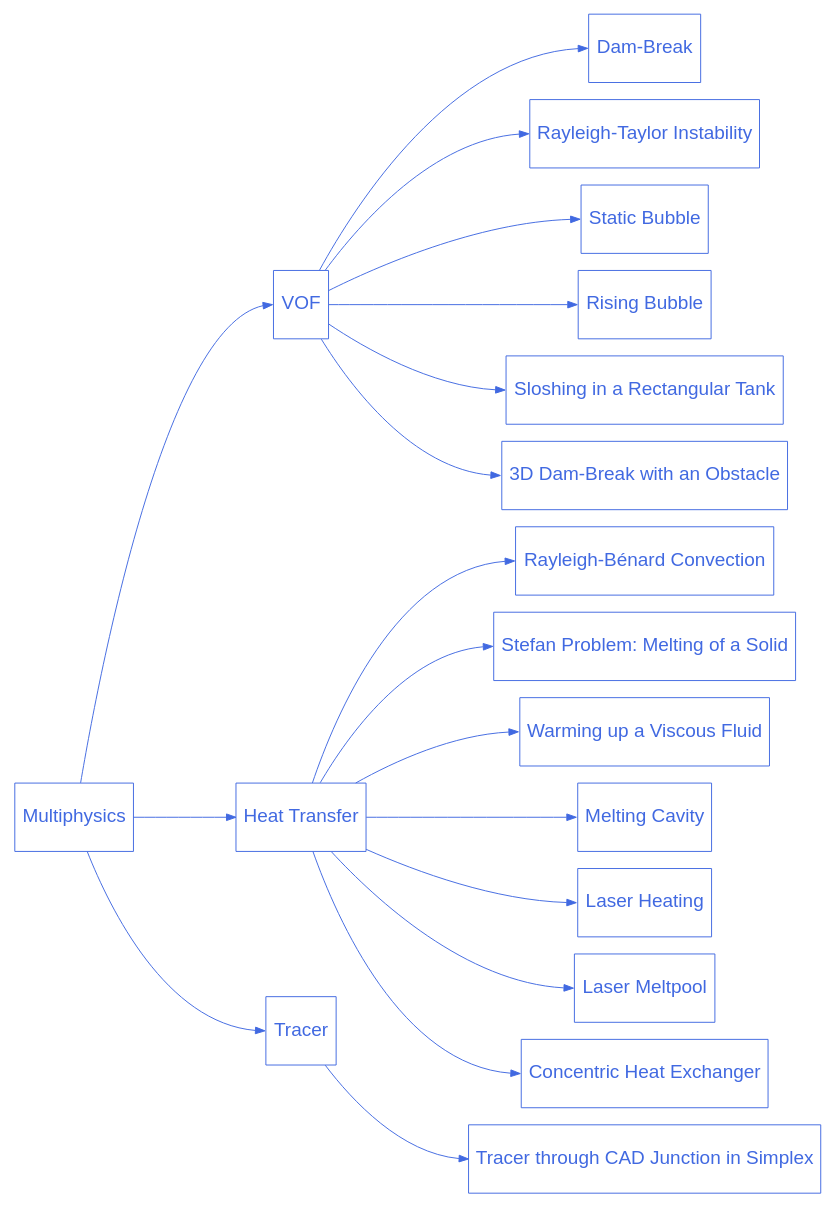
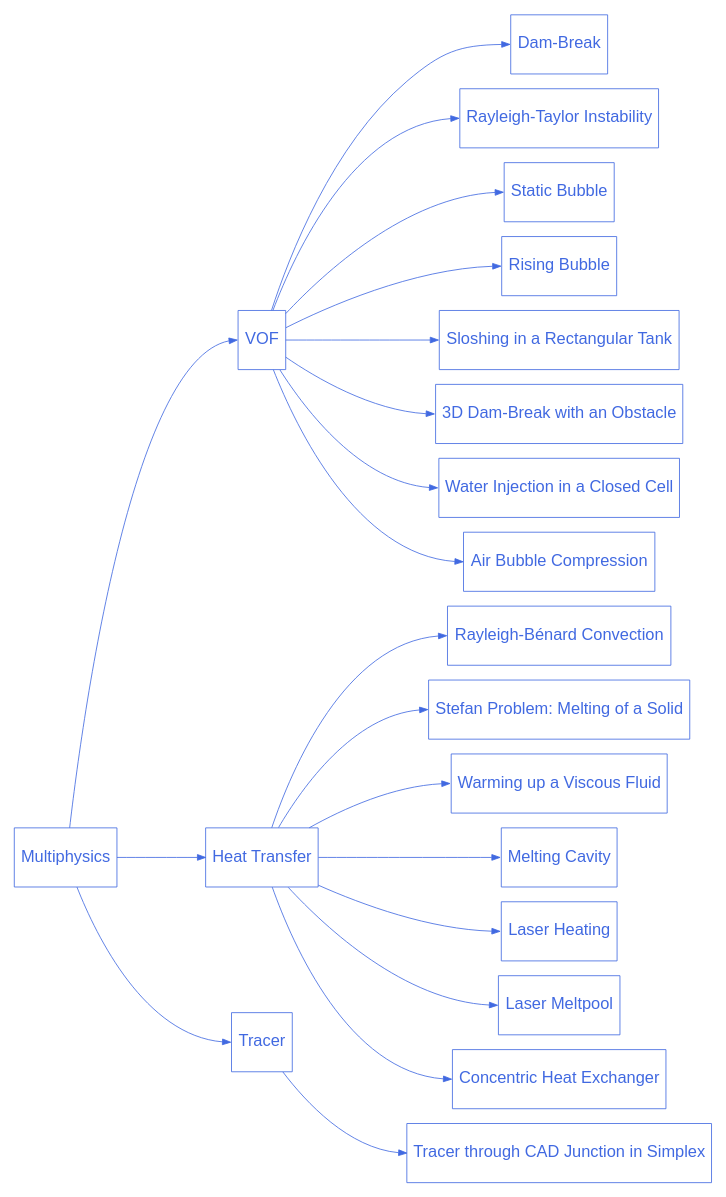
The diagram in doc/source/examples/multiphysics/multiphysics.rst (chaos-polymtl/lethe), drawn with Graphviz before and after one commit. The commit also changed 7 other files, not shown here.

Commit message:
Add water injection example

```diff
--- a/doc/source/examples/multiphysics/multiphysics.rst
+++ b/doc/source/examples/multiphysics/multiphysics.rst
@@ -14,66 +14,72 @@
 .. graphviz:: 
 
     digraph multiphysics_diagram {
       graph [bgcolor="transparent", align=true, ranksep=1.5];
       node [fontname=Arial, fontsize=20, shape=box, fontcolor=royalblue, color=royalblue, height=1];
       edge [color=royalblue];
       rankdir="LR";
       size = "9,9";
 
       multiphysics [label="Multiphysics", href="https://lethe-cfd.github.io/lethe/examples/multiphysics/multiphysics.html"];
 
       multiphysics_1 [label="VOF", href="https://lethe-cfd.github.io/lethe/examples/multiphysics/vof.html"];  
 
       multiphysics_1_1 [label="Dam-Break", href="https://lethe-cfd.github.io/lethe/examples/multiphysics/dam-break/dam-break.html"];
 
       multiphysics_1_2 [label="Rayleigh-Taylor Instability", href="https://lethe-cfd.github.io/lethe/examples/multiphysics/rayleigh-taylor-instability/rayleigh-taylor-instability.html"];
 
       multiphysics_1_3 [label="Static Bubble", href="https://lethe-cfd.github.io/lethe/examples/multiphysics/static-bubble/static-bubble.html"];
 
       multiphysics_1_4 [label="Rising Bubble", href="https://lethe-cfd.github.io/lethe/examples/multiphysics/rising-bubble/rising-bubble.html"];
 
       multiphysics_1_5 [label="Sloshing in a Rectangular Tank", href="https://lethe-cfd.github.io/lethe/examples/multiphysics/sloshing-in-rectangular-tank/sloshing-in-rectangular-tank.html"];
 
       multiphysics_1_6 [label="3D Dam-Break with an Obstacle", href="https://lethe-cfd.github.io/lethe/examples/multiphysics/3d-dam-break/3d-dam-break.html"];
+
+      multiphysics_1_7 [label="Water Injection in a Closed Cell", href="https://lethe-cfd.github.io/lethe/examples/multiphysics/water-injection-in-closed-cell/water-injection-in-closed-cell.html"];
+
+      multiphysics_1_8 [label="Air Bubble Compression", href="https://lethe-cfd.github.io/lethe/examples/multiphysics/air-bubble-compression/air-bubble-compression.html"];
 
       multiphysics_2 [label="Heat Transfer", href="https://lethe-cfd.github.io/lethe/examples/multiphysics/heat-transfer.html"];
 
       multiphysics_2_1 [label="Rayleigh-Bénard Convection", href="https://lethe-cfd.github.io/lethe/examples/multiphysics/rayleigh-benard-convection/rayleigh-benard-convection.html"];
 
       multiphysics_2_2 [label="Stefan Problem: Melting of a Solid", href="https://lethe-cfd.github.io/lethe/examples/multiphysics/stefan-problem/stefan-problem.html"];
 
       multiphysics_2_3 [label="Warming up a Viscous Fluid", href="https://lethe-cfd.github.io/lethe/examples/multiphysics/warming-up-a-viscous-fluid/warming-up-a-viscous-fluid.html"];
 
       multiphysics_2_4 [label="Melting Cavity", href="https://lethe-cfd.github.io/lethe/examples/multiphysics/melting-cavity/melting-cavity.html"];
 
       multiphysics_2_5 [label="Laser Heating", href="https://lethe-cfd.github.io/lethe/examples/multiphysics/laser-heating/laser-heating.html"];
 
       multiphysics_2_6 [label="Laser Meltpool", href="https://lethe-cfd.github.io/lethe/examples/multiphysics/laser-meltpool/laser-meltpool.html"];
 
       multiphysics_2_7 [label="Concentric Heat Exchanger", href="https://lethe-cfd.github.io/lethe/examples/multiphysics/concentric-heat-exchanger/concentric-heat-exchanger.html"];
 
       multiphysics_3 [label="Tracer", href="https://lethe-cfd.github.io/lethe/examples/multiphysics/tracer.html"];  
 
       multiphysics_3_1 [label="Tracer through CAD Junction in Simplex", href="https://lethe-cfd.github.io/lethe/examples/multiphysics/tracer-through-cad-junction/tracer-through-cad-junction.html"];
 
       multiphysics -> multiphysics_1:w;
       multiphysics -> multiphysics_2:w;
       multiphysics -> multiphysics_3:w;
 
       multiphysics_1 -> multiphysics_1_1:w;
       multiphysics_1 -> multiphysics_1_2:w;
       multiphysics_1 -> multiphysics_1_3:w;
       multiphysics_1 -> multiphysics_1_4:w;
       multiphysics_1 -> multiphysics_1_5:w;
       multiphysics_1 -> multiphysics_1_6:w;
+      multiphysics_1 -> multiphysics_1_7:w;
+      multiphysics_1 -> multiphysics_1_8:w;
 
       multiphysics_2 -> multiphysics_2_1:w;
       multiphysics_2 -> multiphysics_2_2:w;
       multiphysics_2 -> multiphysics_2_3:w;
       multiphysics_2 -> multiphysics_2_4:w;
       multiphysics_2 -> multiphysics_2_5:w;
       multiphysics_2 -> multiphysics_2_6:w;
       multiphysics_2 -> multiphysics_2_7:w;
 
       multiphysics_3 -> multiphysics_3_1:w;
     }
```
